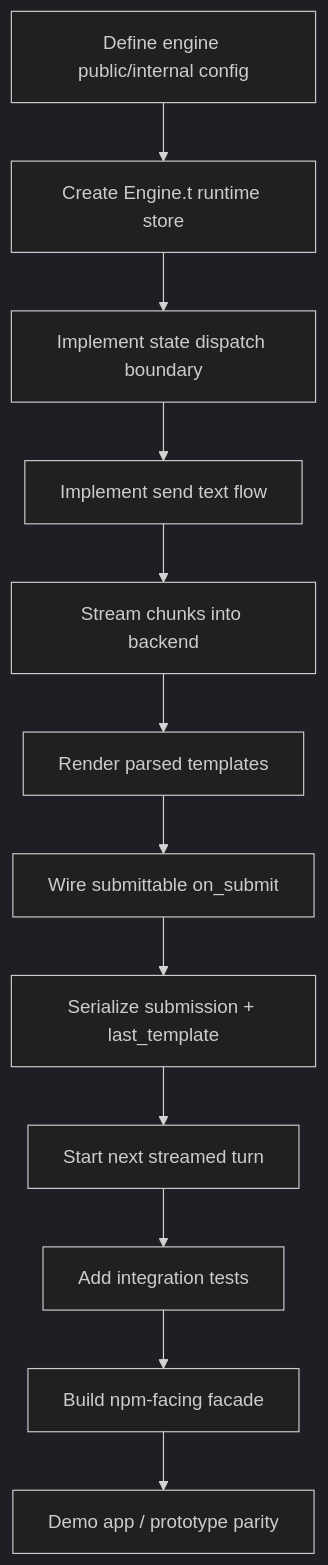
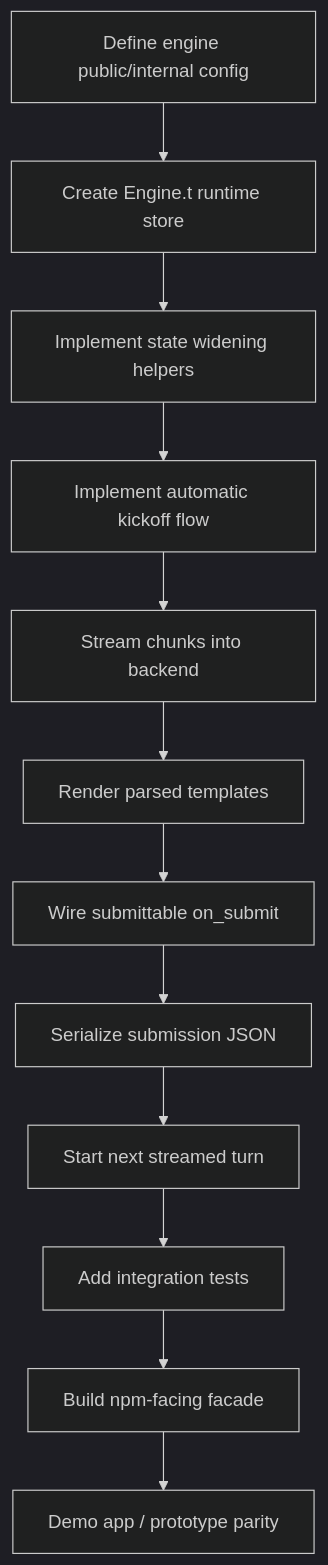
One commit to unhingingdog/ribosome-ui changed the eighth of 8 diagrams in architecture.md. Above: the diagram before and after it, drawn with Mermaid (dark theme). The commit also changed other lines of this file and 1 other file, not shown here.

````diff
--- a/architecture.md
+++ b/architecture.md
@@ -225,14 +252,14 @@
 ```mermaid
 flowchart TD
   A[Define engine public/internal config] --> B[Create Engine.t runtime store]
-  B --> C[Implement state dispatch boundary]
-  C --> D[Implement send text flow]
+  B --> C[Implement state widening helpers]
+  C --> D[Implement automatic kickoff flow]
   D --> E[Stream chunks into backend]
   E --> F[Render parsed templates]
   F --> G[Wire submittable on_submit]
-  G --> H[Serialize submission + last_template]
+  G --> H[Serialize submission JSON]
   H --> I[Start next streamed turn]
   I --> J[Add integration tests]
   J --> K[Build npm-facing facade]
   K --> L[Demo app / prototype parity]
 ```
````
